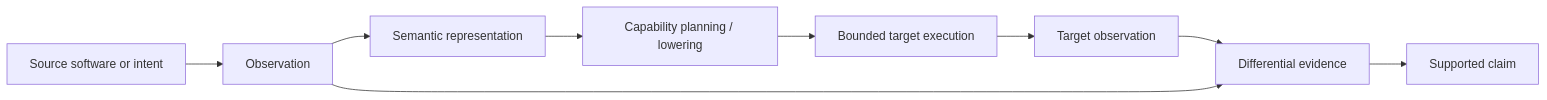
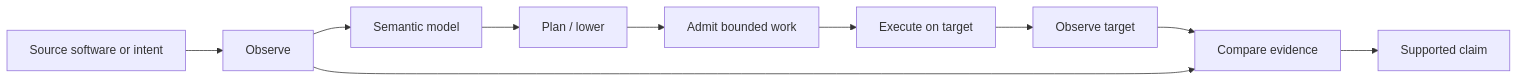
The diagram in README.md (Daniele-Cangi/XCP-Research), drawn with Mermaid before and after one commit. The commit also changed other lines of this file, not shown here.

Commit message:
docs: make XCP architecture visible above the fold

````diff
--- a/README.md
+++ b/README.md
@@ -22,11 +17,12 @@
 ```mermaid
 flowchart LR
-    A[Source software or intent] --> B[Observation]
-    B --> C[Semantic representation]
-    C --> D[Capability planning / lowering]
-    D --> E[Bounded target execution]
-    E --> F[Target observation]
-    F --> G[Differential evidence]
-    G --> H[Supported claim]
-    B --> G
+    A[Source software or intent] --> B[Observe]
+    B --> C[Semantic model]
+    C --> D[Plan / lower]
+    D --> E[Admit bounded work]
+    E --> F[Execute on target]
+    F --> G[Observe target]
+    G --> H[Compare evidence]
+    H --> I[Supported claim]
+    B --> H
 ```
````
